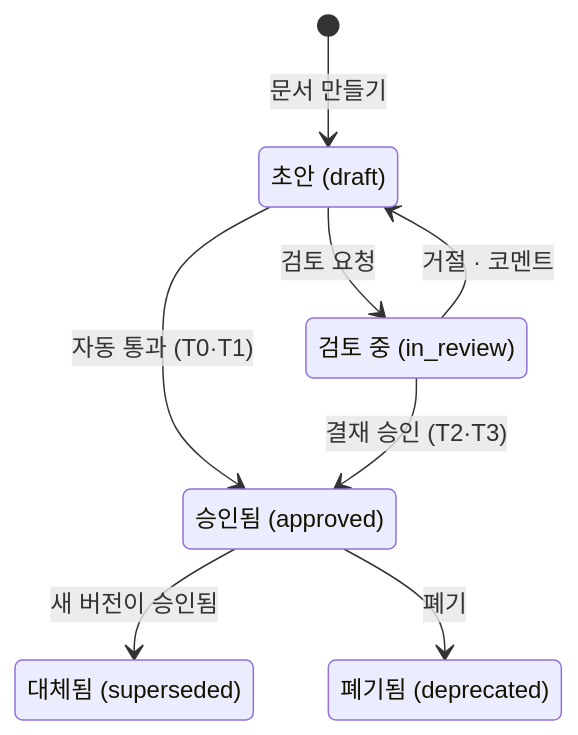
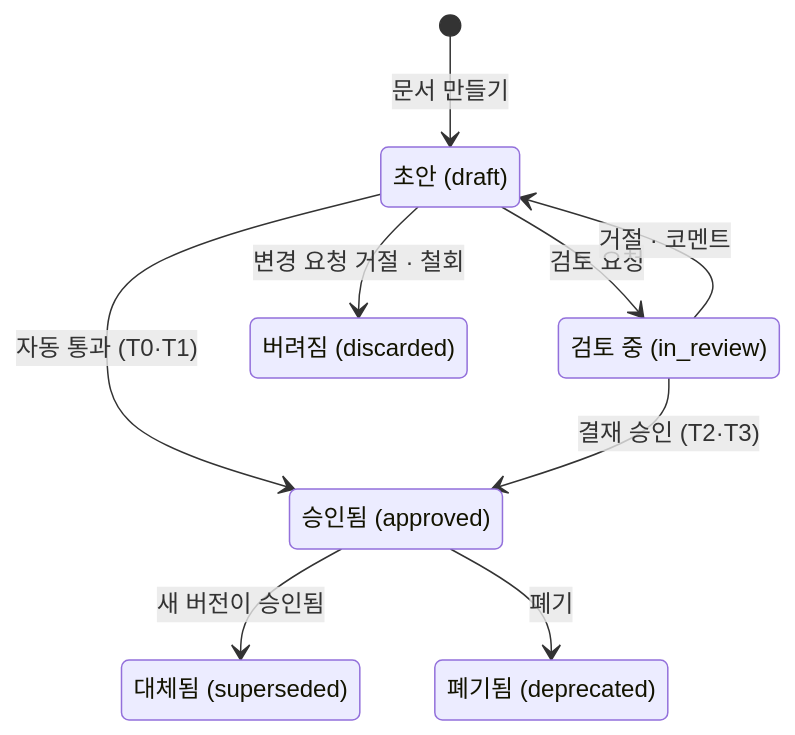
One commit to worker-ants/nerv changed the first of 2 diagrams in codebase/apps/web/src/content/manual/ko/specs.md. Above: the diagram before and after it, drawn with Mermaid. The commit also changed other lines of this file and 186 other files, not shown here.

````diff
--- a/codebase/apps/web/src/content/manual/ko/specs.md
+++ b/codebase/apps/web/src/content/manual/ko/specs.md
@@ -70,17 +71,19 @@
 ```mermaid
 stateDiagram-v2
     accTitle: 스펙 버전의 상태 흐름
     direction TB
     state "초안 (draft)" as draft
     state "검토 중 (in_review)" as in_review
     state "승인됨 (approved)" as approved
     state "대체됨 (superseded)" as superseded
     state "폐기됨 (deprecated)" as deprecated
+    state "버려짐 (discarded)" as discarded
     [*] --> draft: 문서 만들기
     draft --> in_review: 검토 요청
     in_review --> draft: 거절 · 코멘트
+    draft --> discarded: 변경 요청 거절 · 철회
     draft --> approved: 자동 통과 (T0·T1)
     in_review --> approved: 결재 승인 (T2·T3)
     approved --> superseded: 새 버전이 승인됨
     approved --> deprecated: 폐기
 ```
````
